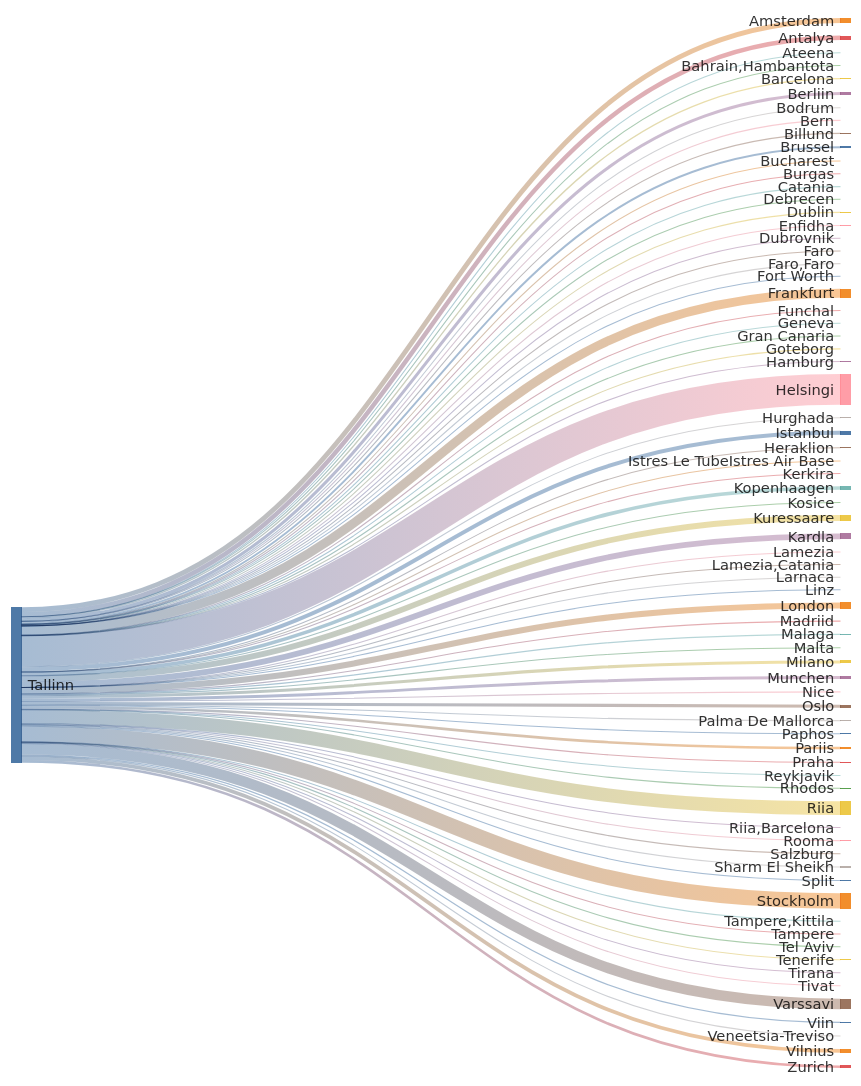
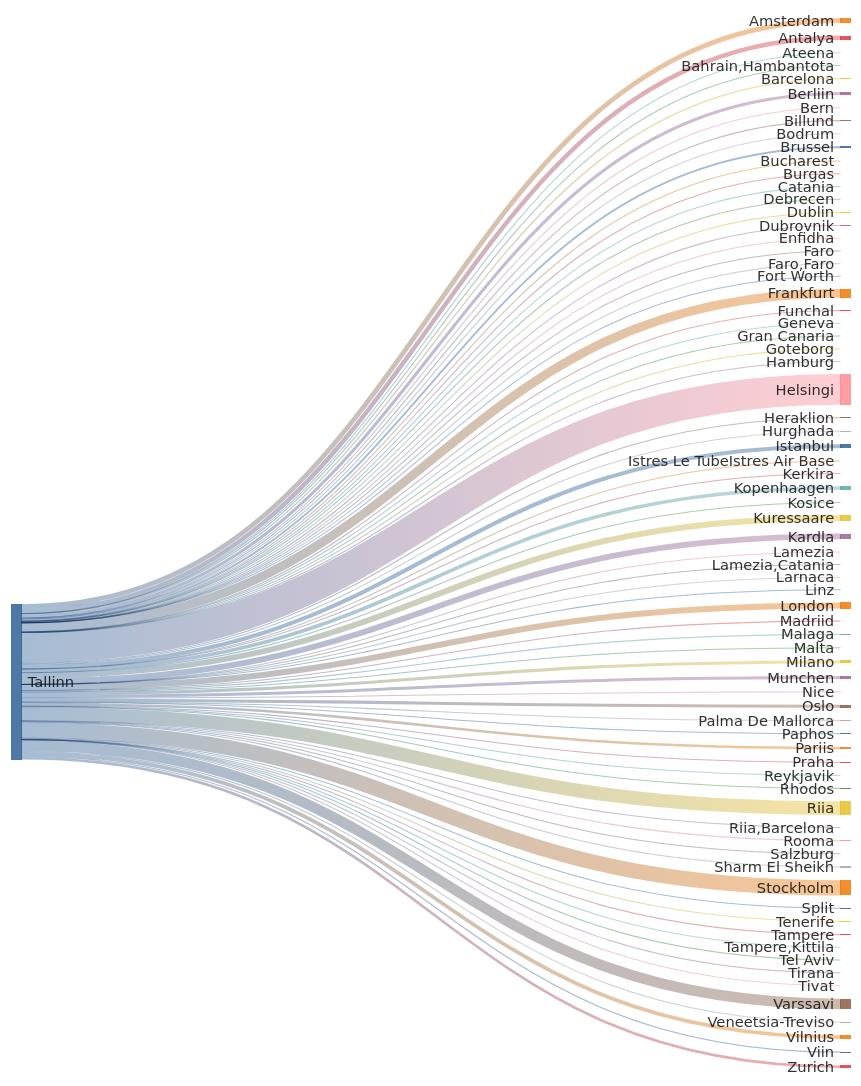
One commit to rainermesi/tll-airport-departures changed the second of 2 diagrams in README.md. Above: the diagram before and after it, drawn with Mermaid. The commit also changed other lines of this file and 1 other file, not shown here.

````diff
--- a/README.md
+++ b/README.md
@@ -41,16 +41,16 @@
 ---
 sankey-beta
 %% source,target,value
-Tallinn,Amsterdam,413
-Tallinn,Antalya,388
+Tallinn,Amsterdam,415
+Tallinn,Antalya,389
 Tallinn,Ateena,16
 Tallinn,"Bahrain,Hambantota",1
 Tallinn,Barcelona,115
-Tallinn,Berliin,266
+Tallinn,Berliin,268
 Tallinn,Bern,1
 Tallinn,Billund,67
 Tallinn,Bodrum,11
-Tallinn,Brussel,167
+Tallinn,Brussel,168
 Tallinn,Bucharest,1
 Tallinn,Burgas,44
 Tallinn,Catania,2
@@ -61,58 +61,58 @@
 Tallinn,Faro,4
 Tallinn,"Faro,Faro",1
 Tallinn,Fort Worth,1
-Tallinn,Frankfurt,774
+Tallinn,Frankfurt,777
 Tallinn,Funchal,5
 Tallinn,Geneva,13
 Tallinn,Gran Canaria,38
 Tallinn,Goteborg,1
 Tallinn,Hamburg,2
-Tallinn,Helsingi,2629
+Tallinn,Helsingi,2639
 Tallinn,Heraklion,80
 Tallinn,Hurghada,75
-Tallinn,Istanbul,345
+Tallinn,Istanbul,347
 Tallinn,Istres Le TubeIstres Air Base,2
 Tallinn,Kerkira,4
-Tallinn,Kopenhaagen,317
+Tallinn,Kopenhaagen,318
 Tallinn,Kosice,1
-Tallinn,Kuressaare,501
-Tallinn,Kardla,501
+Tallinn,Kuressaare,503
+Tallinn,Kardla,503
 Tallinn,Lamezia,1
 Tallinn,"Lamezia,Catania",3
 Tallinn,Larnaca,4
 Tallinn,Linz,2
-Tallinn,London,523
+Tallinn,London,524
 Tallinn,Madriid,1
 Tallinn,Malaga,104
 Tallinn,Malta,24
 Tallinn,Milano,262
-Tallinn,Munchen,256
+Tallinn,Munchen,258
 Tallinn,Nice,42
-Tallinn,Oslo,270
+Tallinn,Oslo,271
 Tallinn,Palma De Mallorca,28
 Tallinn,Paphos,66
-Tallinn,Pariis,222
+Tallinn,Pariis,224
 Tallinn,Praha,71
 Tallinn,Reykjavik,10
-Tallinn,Rhodos,49
-Tallinn,Riia,1180
+Tallinn,Rhodos,50
+Tallinn,Riia,1184
 Tallinn,"Riia,Barcelona",1
 Tallinn,Rooma,80
 Tallinn,Salzburg,14
 Tallinn,Sharm El Sheikh,98
 Tallinn,Split,43
-Tallinn,Stockholm,1309
+Tallinn,Stockholm,1312
 Tallinn,Tampere,17
 Tallinn,"Tampere,Kittila",21
 Tallinn,Tel Aviv,2
 Tallinn,Tenerife,58
-Tallinn,Tirana,23
-Tallinn,Tivat,51
-Tallinn,Varssavi,907
+Tallinn,Tirana,24
+Tallinn,Tivat,52
+Tallinn,Varssavi,910
 Tallinn,Veneetsia-Treviso,67
 Tallinn,Viin,106
-Tallinn,Vilnius,325
-Tallinn,Zurich,228
+Tallinn,Vilnius,326
+Tallinn,Zurich,229
 
 
 ```
````
